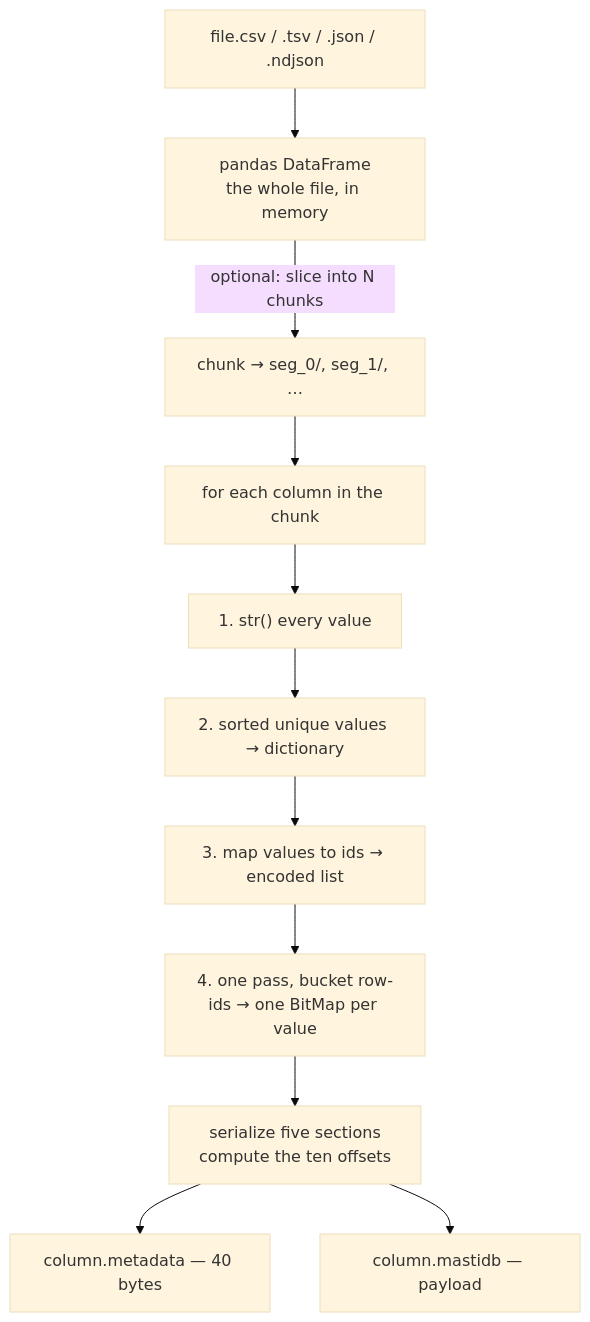
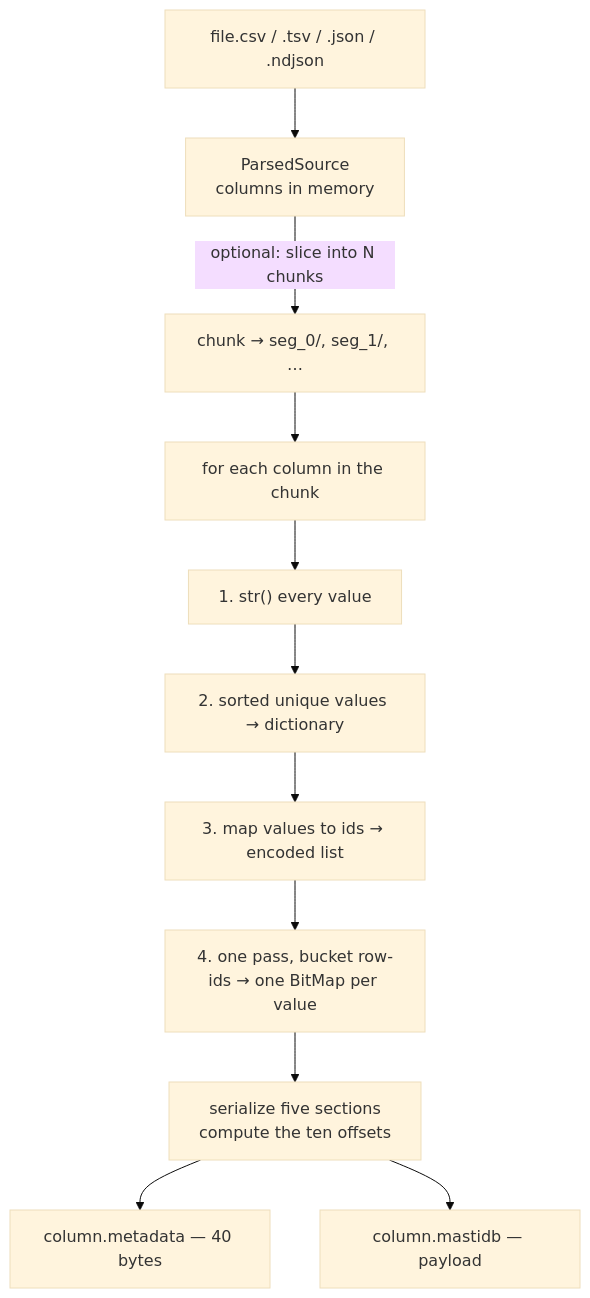
The second of 6 diagrams in ARCHITECTURE.md (lokeshdevnani/mastidb), drawn with Mermaid (base theme) before and after one commit. The commit also changed other lines of this file and 7 other files, not shown here.

````diff
--- a/ARCHITECTURE.md
+++ b/ARCHITECTURE.md
@@ -198,13 +200,13 @@
 ```mermaid
 flowchart TD
-    F["file.csv / .tsv / .json / .ndjson"] --> DF["pandas DataFrame<br/>the whole file, in memory"]
+    F["file.csv / .tsv / .json / .ndjson"] --> DF["ParsedSource<br/>columns in memory"]
     DF -->|"optional: slice into N chunks"| CH["chunk → seg_0/, seg_1/, …"]
     CH --> COL["for each column in the chunk"]
     COL --> E1["1. str() every value"]
     E1 --> E2["2. sorted unique values → dictionary"]
     E2 --> E3["3. map values to ids → encoded list"]
     E3 --> E4["4. one pass, bucket row-ids → one BitMap per value"]
     E4 --> SER["serialize five sections<br/>compute the ten offsets"]
     SER --> MD["column.metadata — 40 bytes"]
     SER --> PL["column.mastidb — payload"]
 ```
````
